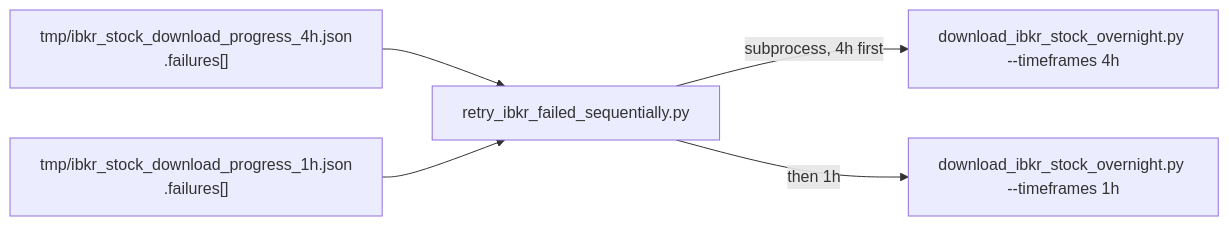
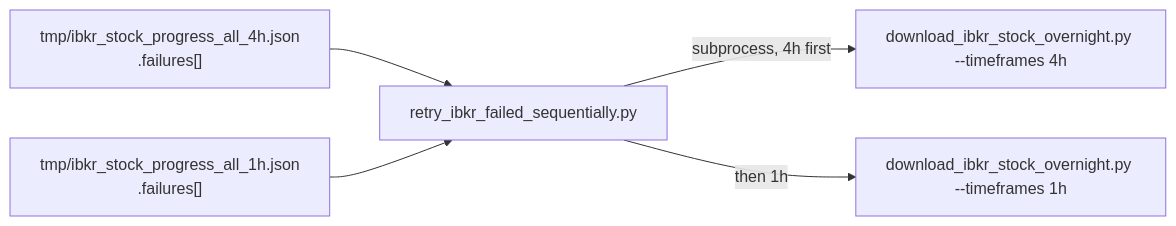
One commit to petarkabashki/ai-data-manager changed the third of 5 diagrams in docs/workflows.md. Above: the diagram before and after it, drawn with Mermaid. The commit also changed other lines of this file and 71 other files, not shown here.

````diff
--- a/docs/workflows.md
+++ b/docs/workflows.md
@@ -109,7 +144,7 @@
 ```mermaid
 flowchart LR
-    P["tmp/ibkr_stock_download_progress_4h.json\n.failures[]"] --> R[retry_ibkr_failed_sequentially.py]
-    Q["tmp/ibkr_stock_download_progress_1h.json\n.failures[]"] --> R
+    P["tmp/ibkr_stock_progress_all_4h.json\n.failures[]"] --> R[retry_ibkr_failed_sequentially.py]
+    Q["tmp/ibkr_stock_progress_all_1h.json\n.failures[]"] --> R
     R -->|subprocess, 4h first| D1[download_ibkr_stock_overnight.py --timeframes 4h]
     R -->|then 1h| D2[download_ibkr_stock_overnight.py --timeframes 1h]
 ```
````
